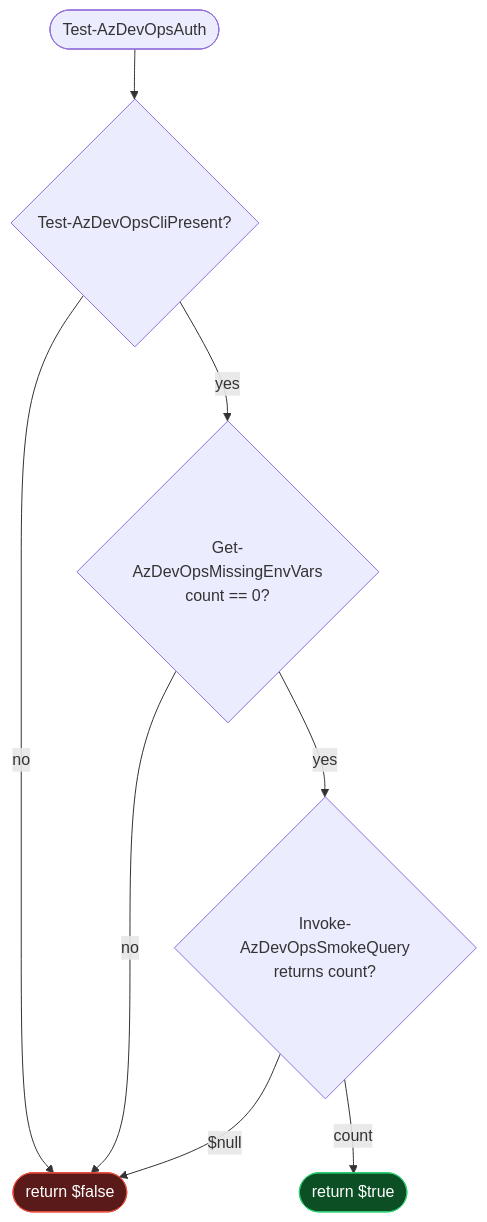
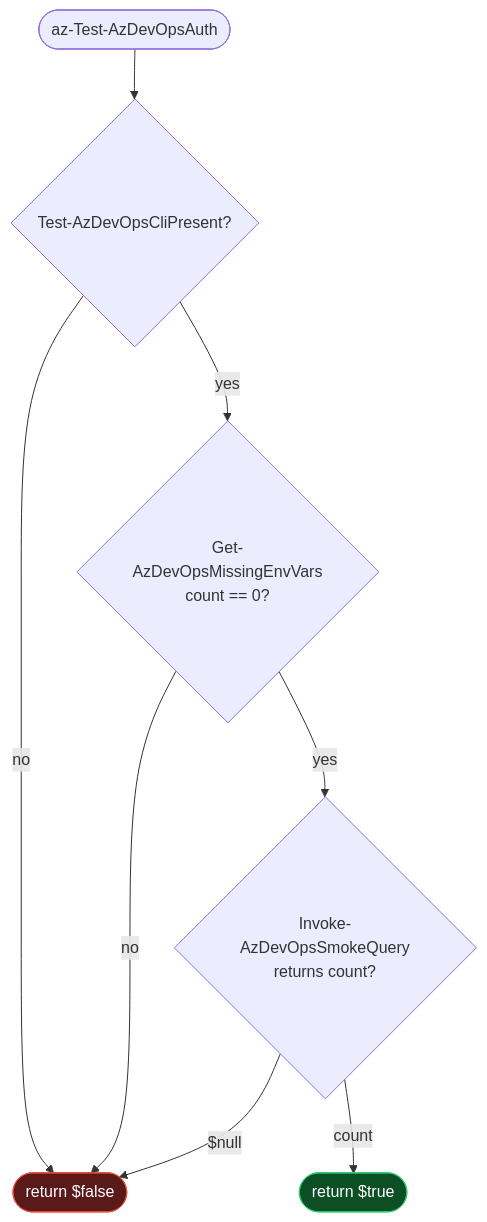
Before and after one commit to jdschleicher/bashcuts: the third of 10 diagrams in docs/azure-devops-diagrams.md, drawn with Mermaid. The commit also changed other lines of this file and 1 other file, not shown here.

First line of the commit message:
docs: propagate az- prefix into wrapper-layer doc-strings + diagrams

````diff
--- a/docs/azure-devops-diagrams.md
+++ b/docs/azure-devops-diagrams.md
@@ -142,15 +142,15 @@
 ```mermaid
 flowchart TD
-    Start([Test-AzDevOpsAuth]) --> A{Test-AzDevOpsCliPresent?}
+    Start([az-Test-AzDevOpsAuth]) --> A{Test-AzDevOpsCliPresent?}
     A -- no --> F([return $false])
     A -- yes --> B{Get-AzDevOpsMissingEnvVars<br/>count == 0?}
     B -- no --> F
     B -- yes --> C{Invoke-AzDevOpsSmokeQuery<br/>returns count?}
     C -- $null --> F
     C -- count --> T([return $true])
 
     classDef ok fill:#0d4f24,stroke:#2ecc71,color:#fff
     classDef bad fill:#5a1a1a,stroke:#e74c3c,color:#fff
     class T ok
     class F bad
 ```
````
